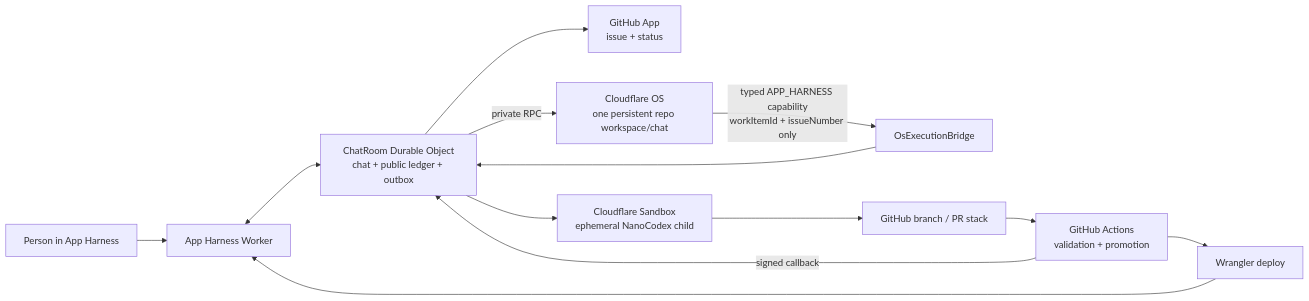
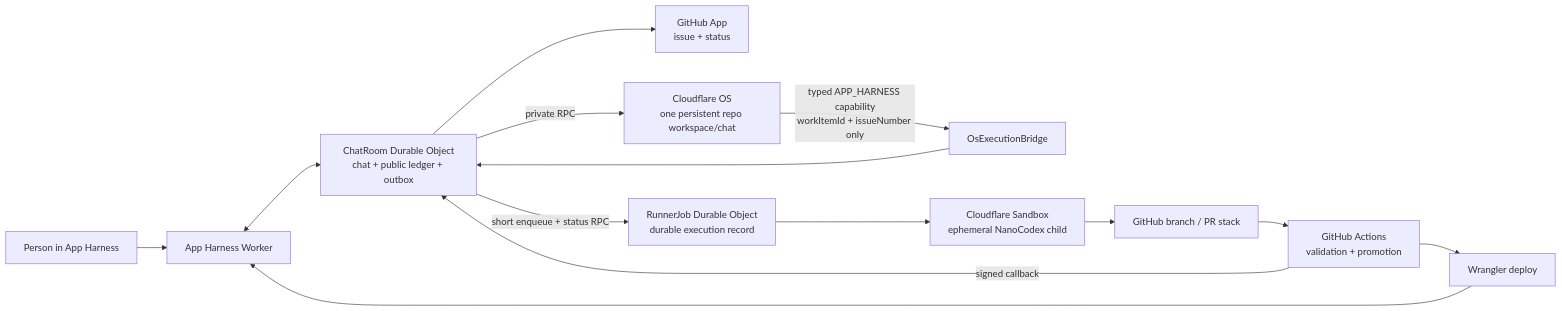
The diagram in docs/architecture-map.md (callil/autonomous-live-chat), drawn with Mermaid before and after one commit. The commit also changed other lines of this file and 5 other files, not shown here.

````diff
--- a/docs/architecture-map.md
+++ b/docs/architecture-map.md
@@ -5,15 +5,16 @@
 ```mermaid
 flowchart LR
   Person["Person in App Harness"] --> App["App Harness Worker"]
   App <--> Room["ChatRoom Durable Object\nchat + public ledger + outbox"]
   Room --> Issue["GitHub App\nissue + status"]
   Room -- "private RPC" --> Workspace["Cloudflare OS\none persistent repo workspace/chat"]
   Workspace -- "typed APP_HARNESS capability\nworkItemId + issueNumber only" --> Bridge["OsExecutionBridge"]
   Bridge --> Room
-  Room --> Runner["Cloudflare Sandbox\nephemeral NanoCodex child"]
+	Room -- "short enqueue + status RPC" --> RunnerJob["RunnerJob Durable Object\ndurable execution record"]
+	RunnerJob --> Runner["Cloudflare Sandbox\nephemeral NanoCodex child"]
   Runner --> Git["GitHub branch / PR stack"]
   Git --> CI["GitHub Actions\nvalidation + promotion"]
   CI --> Deploy["Wrangler deploy"]
   Deploy --> App
   CI -- "signed callback" --> Room
 ```
````
